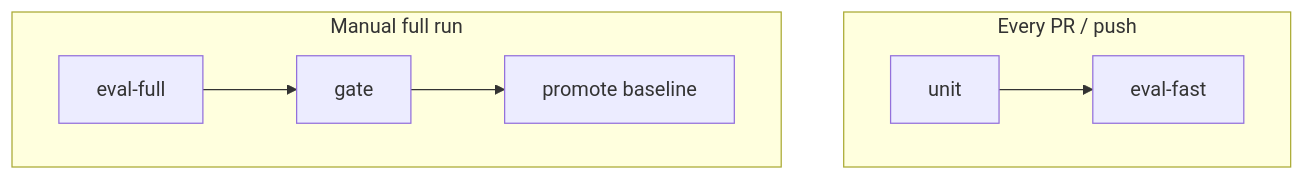
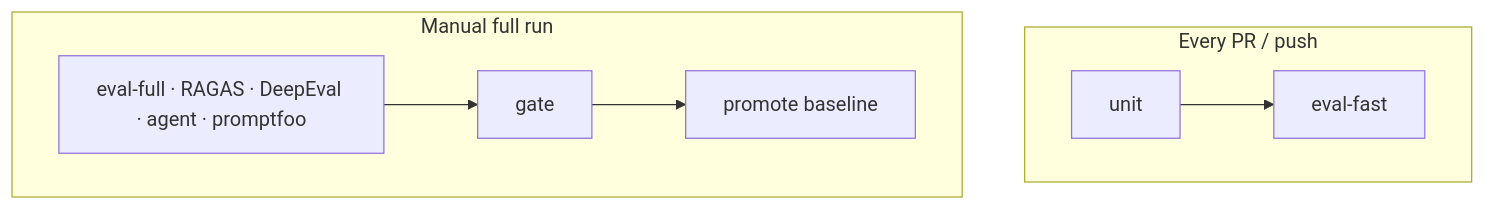
One commit to hemantjanrao/ai-compliance-qa-lab changed the second of 2 diagrams in docs/ONBOARDING_7_DAYS.md. Above: the diagram before and after it, drawn with Mermaid. The commit also changed other lines of this file and 10 other files, not shown here.

````diff
--- a/docs/ONBOARDING_7_DAYS.md
+++ b/docs/ONBOARDING_7_DAYS.md
@@ -148,14 +149,14 @@
 ```mermaid
 flowchart TD
   subgraph PR["Every PR / push"]
     U[unit]
     EF[eval-fast]
     U --> EF
   end
   subgraph Manual["Manual full run"]
-    Full[eval-full]
+    Full["eval-full · RAGAS · DeepEval · agent · promptfoo"]
     Gate[gate]
     Promote[promote baseline]
     Full --> Gate --> Promote
   end
 ```
````
